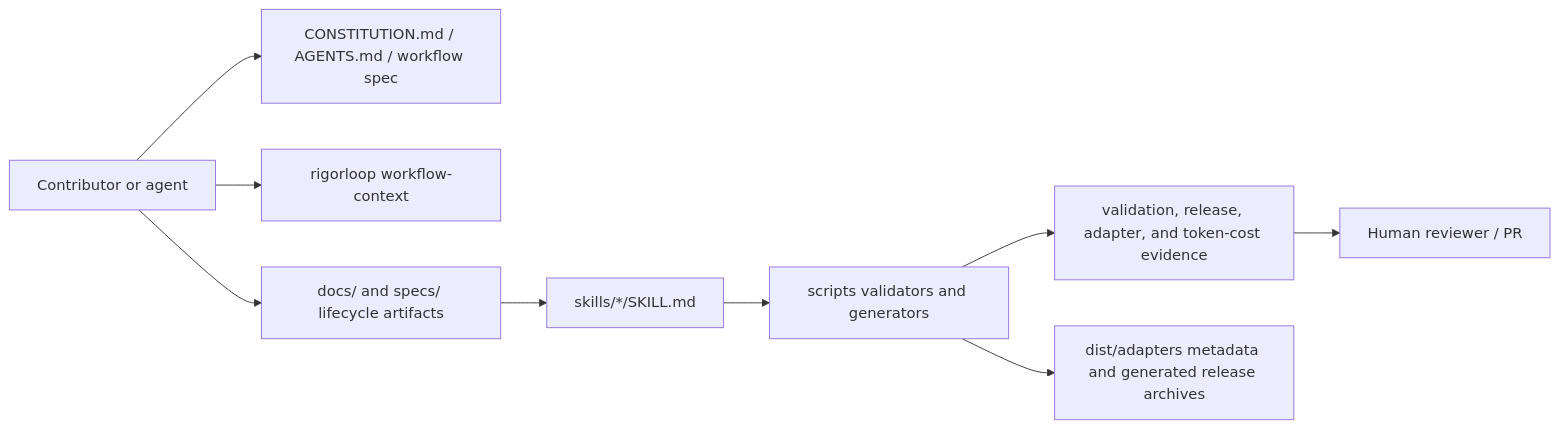
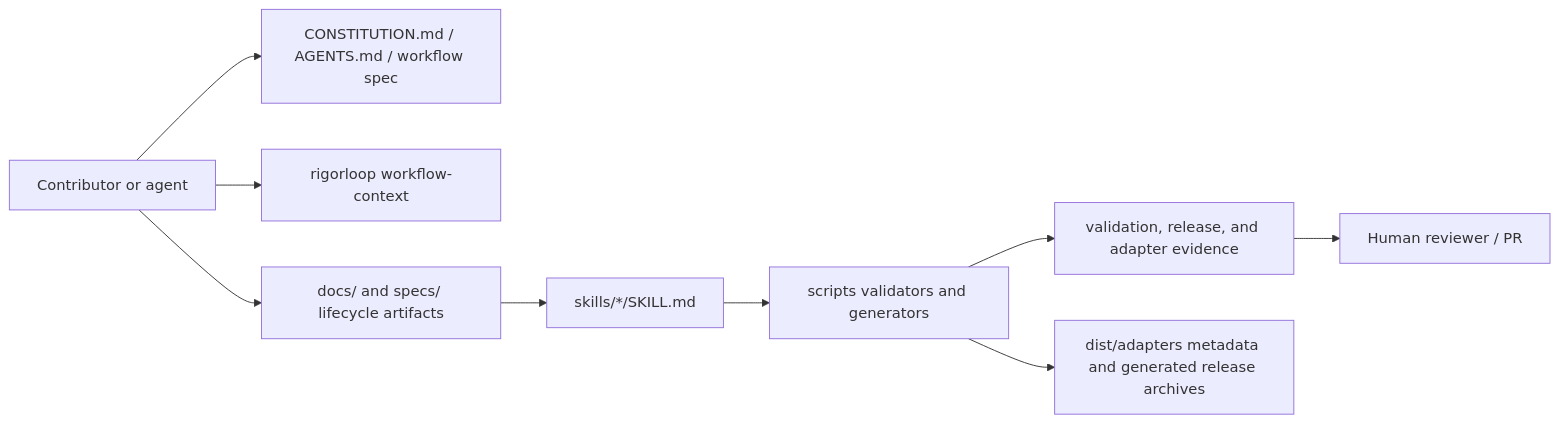
Before and after one commit to xiongxianfei/rigorloop: the first of 2 diagrams in docs/project-map.md, drawn with Mermaid. The commit also changed other lines of this file and 331 other files, not shown here.

````diff
--- a/docs/project-map.md
+++ b/docs/project-map.md
@@ -41,11 +41,11 @@
 ```mermaid
 flowchart LR
   Contributor[Contributor or agent] --> Governance[CONSTITUTION.md / AGENTS.md / workflow spec]
   Contributor --> Context[rigorloop workflow-context]
   Contributor --> Lifecycle[docs/ and specs/ lifecycle artifacts]
   Lifecycle --> Skills[skills/*/SKILL.md]
   Skills --> Scripts[scripts validators and generators]
-  Scripts --> Evidence[validation, release, adapter, and token-cost evidence]
+  Scripts --> Evidence[validation, release, and adapter evidence]
   Scripts --> Adapters[dist/adapters metadata and generated release archives]
   Evidence --> Reviewer[Human reviewer / PR]
 ```
````
